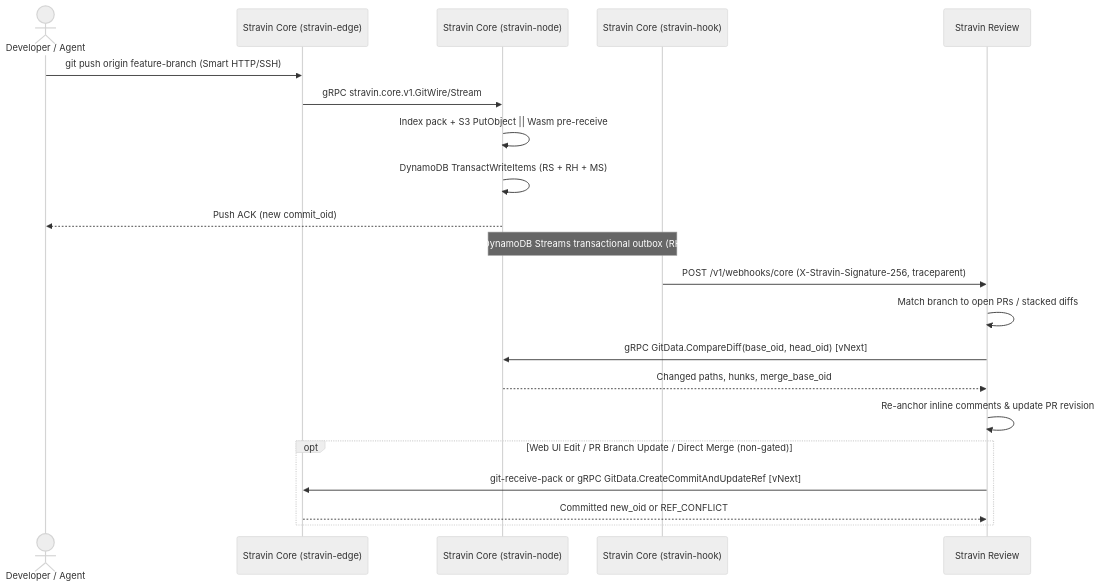
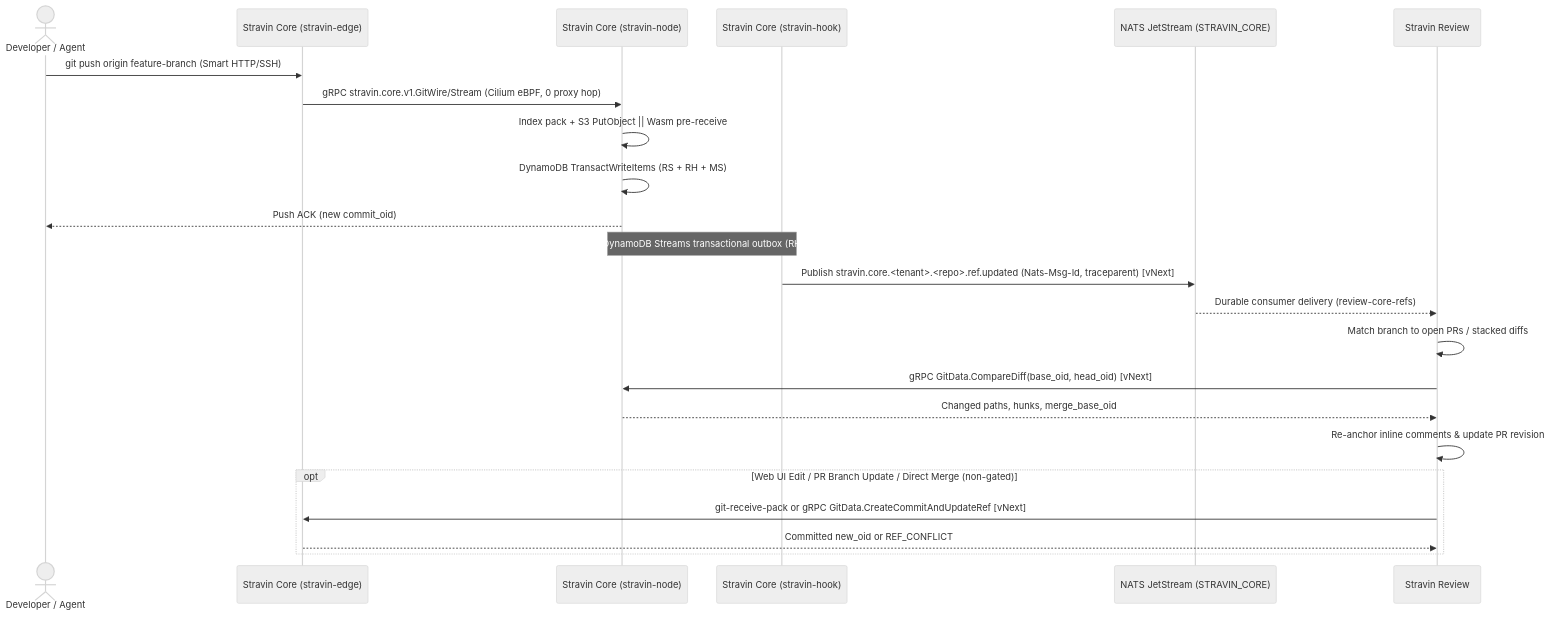
Before and after one commit to stravin-dev/architecture: the diagram in docs/interfaces/core-review.md, drawn with Mermaid (neutral theme). The commit also changed other lines of this file and 13 other files, not shown here.

Commit message:
docs: add ADR-0001 (Cilium, NATS JetStream, External Webhooks, Temporal seam) and update interface contracts

````diff
--- a/docs/interfaces/core-review.md
+++ b/docs/interfaces/core-review.md
@@ -16,26 +16,28 @@
 ```mermaid
 sequenceDiagram
     actor Dev as Developer / Agent
     participant Edge as Stravin Core (stravin-edge)
     participant Node as Stravin Core (stravin-node)
     participant Hook as Stravin Core (stravin-hook)
+    participant NATS as NATS JetStream (STRAVIN_CORE)
     participant Review as Stravin Review
 
     Dev->>Edge: git push origin feature-branch (Smart HTTP/SSH)
-    Edge->>Node: gRPC stravin.core.v1.GitWire/Stream
+    Edge->>Node: gRPC stravin.core.v1.GitWire/Stream (Cilium eBPF, 0 proxy hop)
     Node->>Node: Index pack + S3 PutObject || Wasm pre-receive
     Node->>Node: DynamoDB TransactWriteItems (RS + RH + MS)
     Node-->>Dev: Push ACK (new commit_oid)
 
     Note over Node,Hook: DynamoDB Streams transactional outbox (RH#s INSERT)
-    Hook->>Review: POST /v1/webhooks/core (X-Stravin-Signature-256, traceparent)
+    Hook->>NATS: Publish stravin.core.<tenant>.<repo>.ref.updated (Nats-Msg-Id, traceparent) [vNext]
+    NATS-->>Review: Durable consumer delivery (review-core-refs)
     Review->>Review: Match branch to open PRs / stacked diffs
     Review->>Node: gRPC GitData.CompareDiff(base_oid, head_oid) [vNext]
     Node-->>Review: Changed paths, hunks, merge_base_oid
     Review->>Review: Re-anchor inline comments & update PR revision
 
     opt Web UI Edit / PR Branch Update / Direct Merge (non-gated)
         Review->>Edge: git-receive-pack or gRPC GitData.CreateCommitAndUpdateRef [vNext]
         Edge-->>Review: Committed new_oid or REF_CONFLICT
     end
 ```
````
